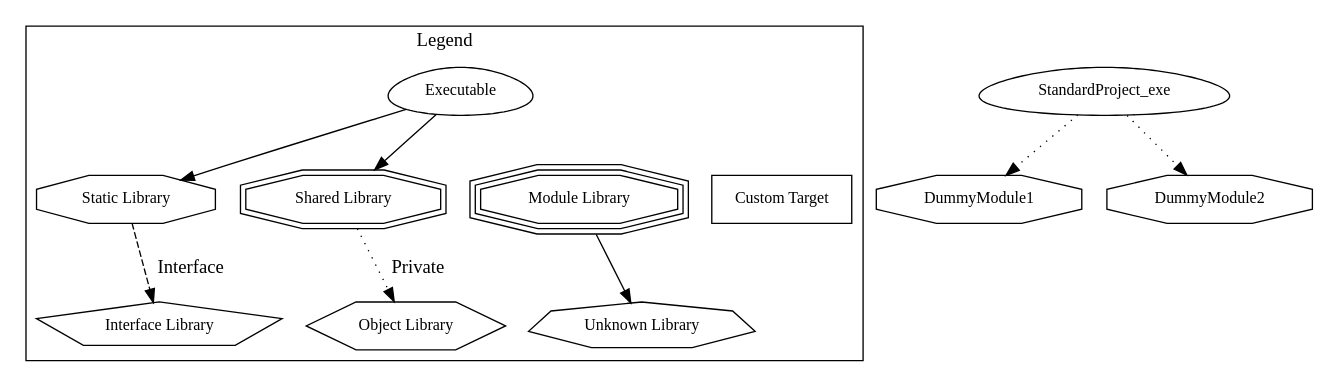
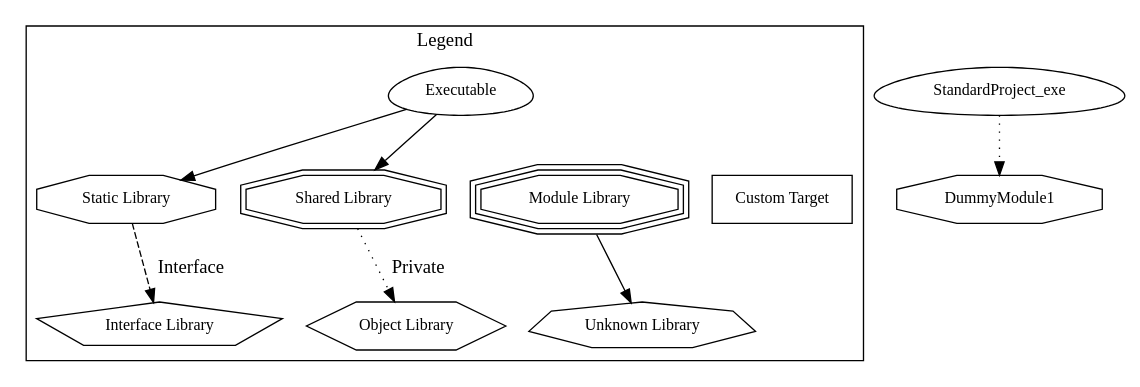
The diagram in Diagram/StandardProject_dia.dot (p0-dev/StandardProject_CCXX), drawn with Graphviz before and after one commit. The commit also changed 39 other files, not shown here.

Commit message:
Adding DummyModule2 successfully

```diff
--- a/Diagram/StandardProject_dia.dot
+++ b/Diagram/StandardProject_dia.dot
@@ -1,30 +1,28 @@
 digraph "StandardProject" {
 node [
   fontsize = "12"
 ];
 subgraph clusterLegend {
   label = "Legend";
   color = black;
   edge [ style = invis ];
   legendNode0 [ label = "Executable", shape = egg ];
   legendNode1 [ label = "Static Library", shape = octagon ];
   legendNode2 [ label = "Shared Library", shape = doubleoctagon ];
   legendNode3 [ label = "Module Library", shape = tripleoctagon ];
   legendNode4 [ label = "Interface Library", shape = pentagon ];
   legendNode5 [ label = "Object Library", shape = hexagon ];
   legendNode6 [ label = "Unknown Library", shape = septagon ];
   legendNode7 [ label = "Custom Target", shape = box ];
   legendNode0 -> legendNode1 [ style = solid ];
   legendNode0 -> legendNode2 [ style = solid ];
   legendNode0 -> legendNode3;
   legendNode1 -> legendNode4 [ label = "Interface", style = dashed ];
   legendNode2 -> legendNode5 [ label = "Private", style = dotted ];
   legendNode3 -> legendNode6 [ style = solid ];
   legendNode0 -> legendNode7;
 }
     "node0" [ label = "DummyModule1", shape = octagon ];
-    "node1" [ label = "DummyModule2", shape = octagon ];
-    "node2" [ label = "StandardProject_exe", shape = egg ];
-    "node2" -> "node0" [ style = dotted ] // StandardProject_exe -> DummyModule1
-    "node2" -> "node1" [ style = dotted ] // StandardProject_exe -> DummyModule2
+    "node1" [ label = "StandardProject_exe", shape = egg ];
+    "node1" -> "node0" [ style = dotted ] // StandardProject_exe -> DummyModule1
 }
```
